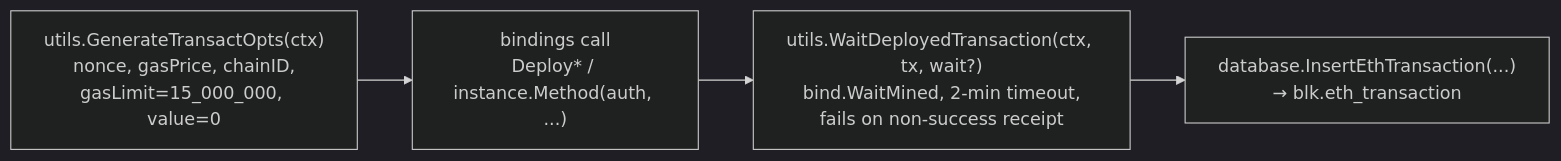
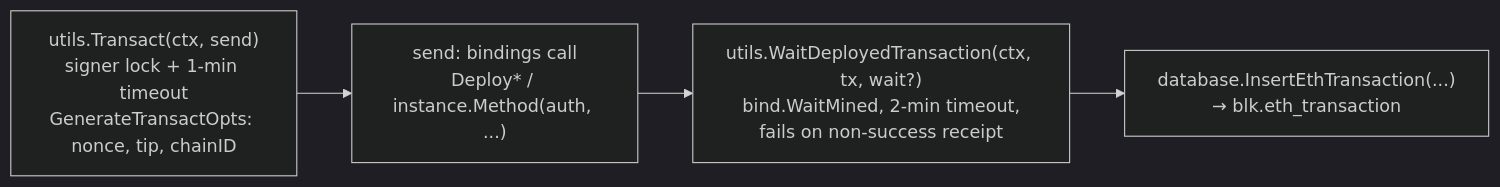
One commit to TookenOrg/Tooken-Services changed the fifth of 5 diagrams in internal/blockchain/README.md. Above: the diagram before and after it, drawn with Mermaid (dark theme). The commit also changed other lines of this file, not shown here.

First line of the commit message:
docs(blockchain): document Transact and the delivery mint

````diff
--- a/internal/blockchain/README.md
+++ b/internal/blockchain/README.md
@@ -284,8 +319,8 @@
 ```mermaid
 graph LR
-    A["utils.GenerateTransactOpts(ctx)<br/>nonce, gasPrice, chainID,<br/>gasLimit=15_000_000, value=0"]
-    B["bindings call<br/>Deploy* / instance.Method(auth, ...)"]
+    A["utils.Transact(ctx, send)<br/>signer lock + 1-min timeout<br/>GenerateTransactOpts: nonce, tip, chainID"]
+    B["send: bindings call<br/>Deploy* / instance.Method(auth, ...)"]
     C["utils.WaitDeployedTransaction(ctx, tx, wait?)<br/>bind.WaitMined, 2-min timeout,<br/>fails on non-success receipt"]
     D["database.InsertEthTransaction(...)<br/>→ blk.eth_transaction"]
     A --> B --> C --> D
 ```
````
